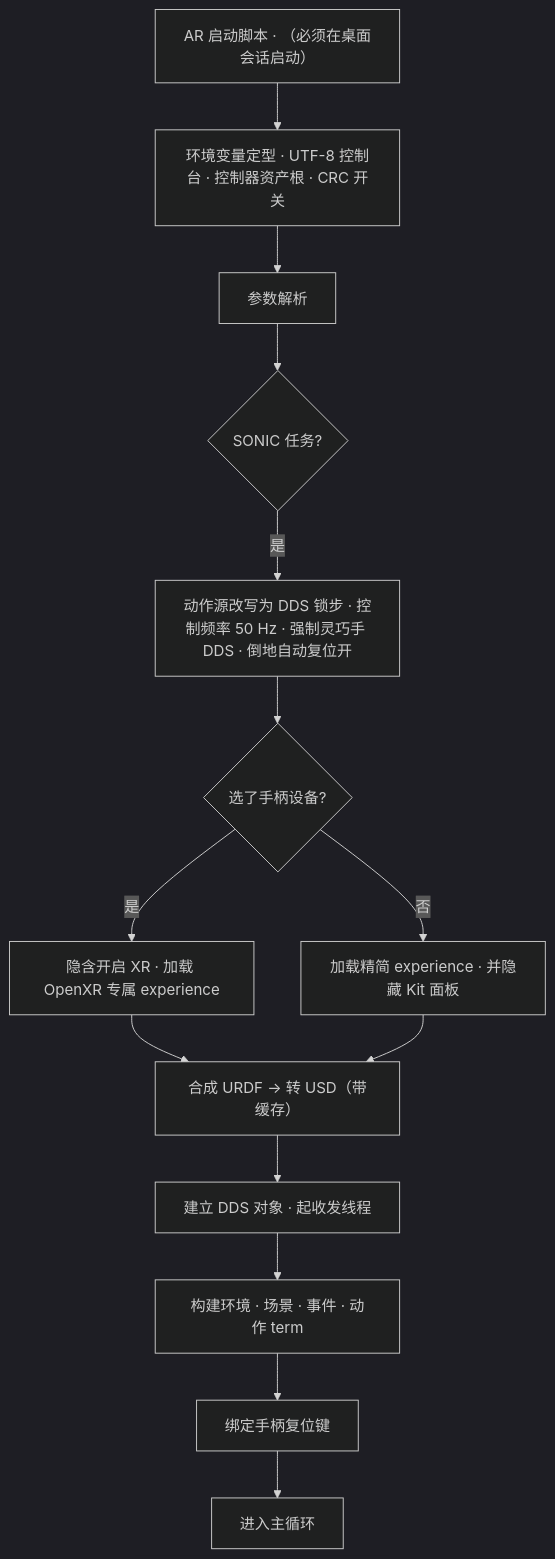
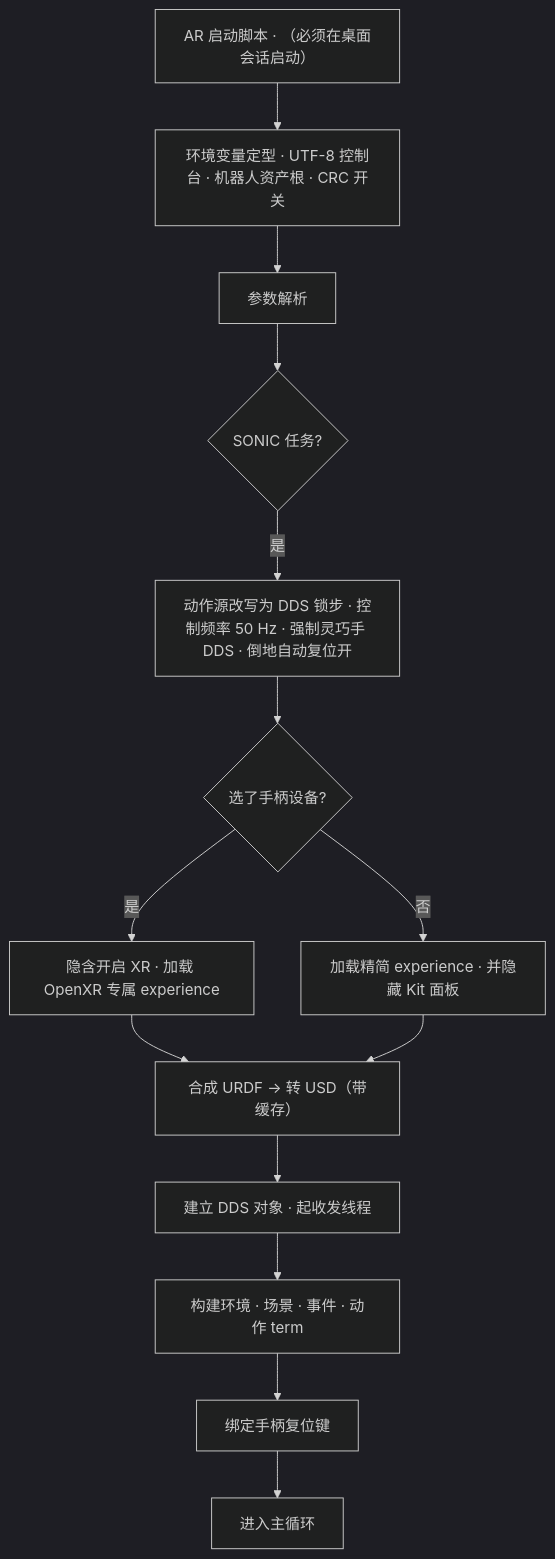
The second of 6 diagrams in doc/ar_conveyor_runtime_zh.md (xiaoyang00001/unitree_sim_isaaclab), drawn with Mermaid (dark theme) before and after one commit. The commit also changed other lines of this file, not shown here.

````diff
--- a/doc/ar_conveyor_runtime_zh.md
+++ b/doc/ar_conveyor_runtime_zh.md
@@ -61,16 +72,16 @@
 ```mermaid
 flowchart TB
-  BAT["AR 启动脚本 · （必须在桌面会话启动）"] --> ENV["环境变量定型 · UTF-8 控制台 · 控制器资产根 · CRC 开关"]
+  BAT["AR 启动脚本 · （必须在桌面会话启动）"] --> ENV["环境变量定型 · UTF-8 控制台 · 机器人资产根 · CRC 开关"]
   ENV --> ARGS["参数解析"]
   ARGS --> SW1{"SONIC 任务?"}
   SW1 -- 是 --> D1["动作源改写为 DDS 锁步 · 控制频率 50 Hz · 强制灵巧手 DDS · 倒地自动复位开"]
   D1 --> SW2{"选了手柄设备?"}
   SW2 -- 是 --> D2["隐含开启 XR · 加载 OpenXR 专属 experience"]
   SW2 -- 否 --> D3["加载精简 experience · 并隐藏 Kit 面板"]
   D2 --> URDF["合成 URDF → 转 USD（带缓存）"]
   D3 --> URDF
   URDF --> DDSOBJ["建立 DDS 对象 · 起收发线程"]
   DDSOBJ --> MAKE["构建环境 · 场景 · 事件 · 动作 term"]
   MAKE --> BIND["绑定手柄复位键"]
   BIND --> LOOP["进入主循环"]
 ```
````
